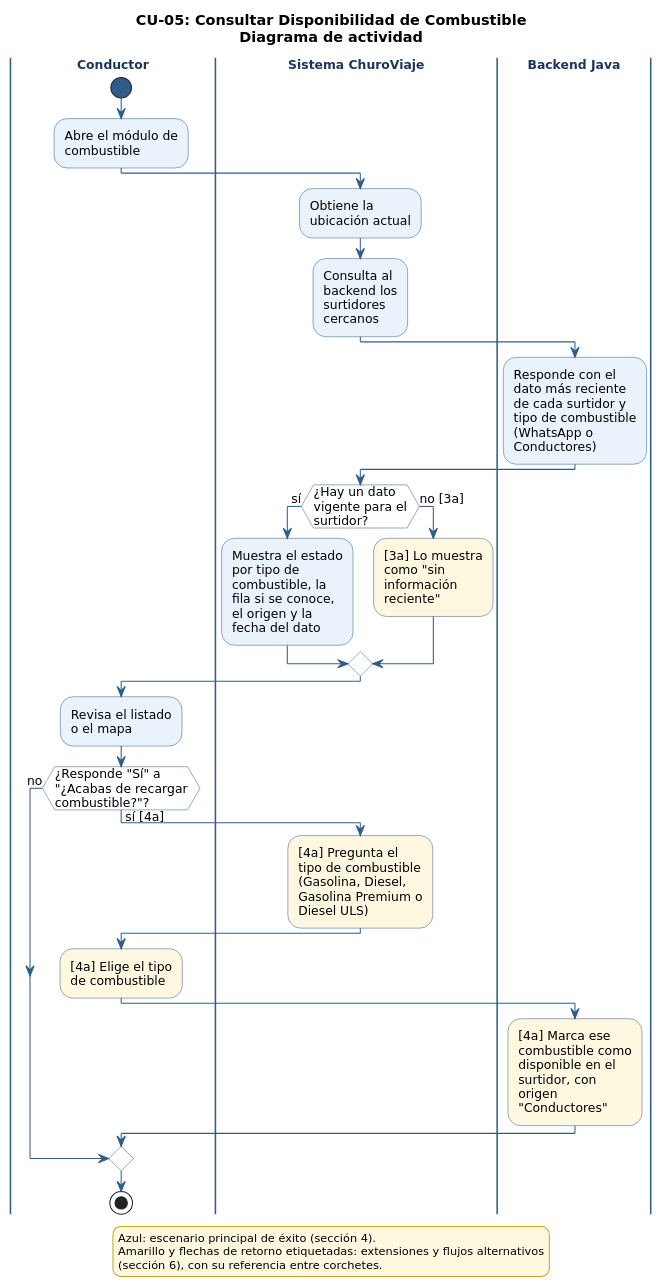
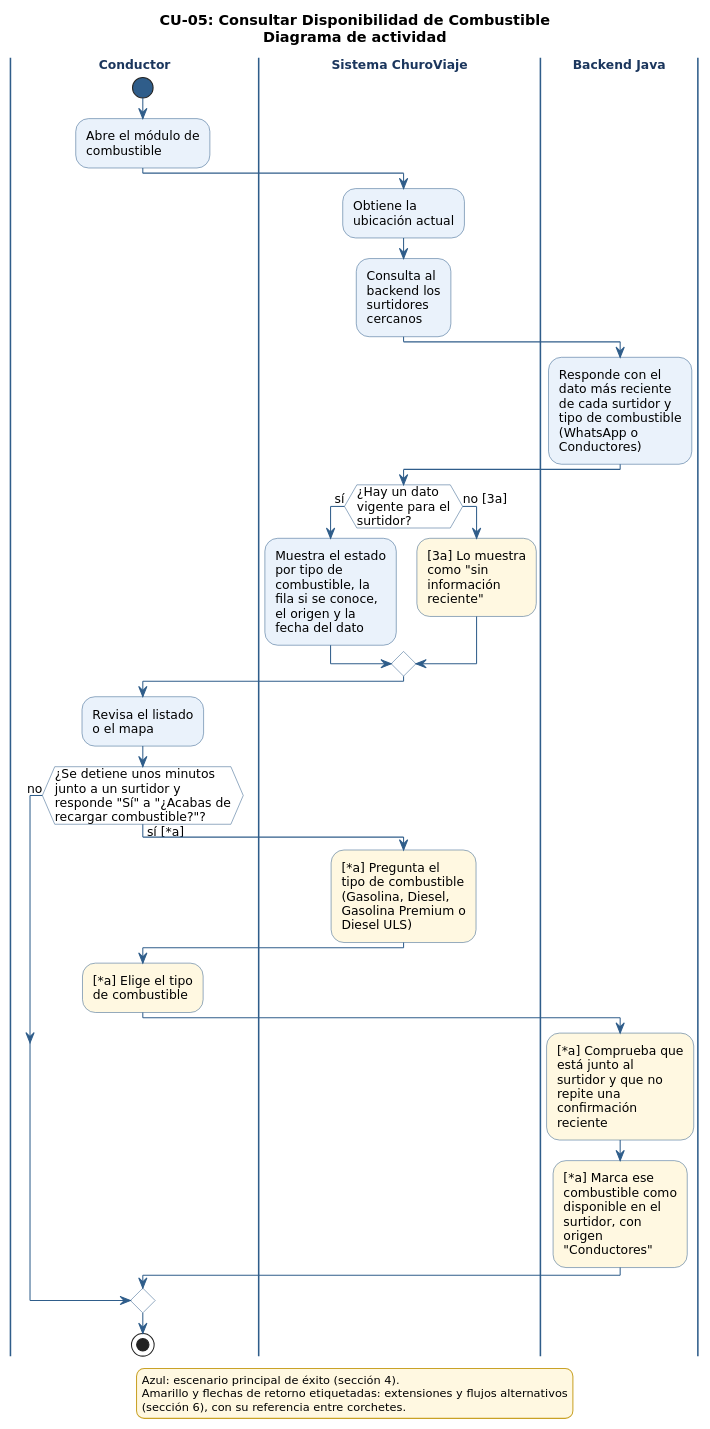
Before and after one commit to uniWASD/ChuroViajeInterno: the diagram in 03_des/01_Diagramas_de_comportamiento/CU-05_ConsultarDisponibilidadCombustible.puml, drawn with PlantUML. The commit also changed 59 other files, not shown here.

Commit message:
docs(req): alinear Visión, CU, HU y diagramas con la arquitectura (T-086, #38)

```diff
--- a/03_des/01_Diagramas_de_comportamiento/CU-05_ConsultarDisponibilidadCombustible.puml
+++ b/03_des/01_Diagramas_de_comportamiento/CU-05_ConsultarDisponibilidadCombustible.puml
@@ -1,96 +1,102 @@
 @startuml CU-05_ConsultarDisponibilidadCombustible
 ' CU-05: Consultar Disponibilidad de Combustible - Diagrama de comportamiento (actividad)
 ' Fuente: 02_req - Especificación de Casos de Uso (CU-01 a CU-08), secciones 4 y 6
-' Issue: T-045
+' Issue: T-045 (actualizado en T-086)
 ' Revisión de coherencia (06/10/2026): sin API oficial; dato más reciente por tipo de combustible y confirmación de recarga con tipo (4a).
 
 skinparam shadowing false
 skinparam defaultFontName "DejaVu Sans"
 skinparam defaultFontSize 12
 skinparam wrapWidth 200
 skinparam ArrowColor #2F5D8A
 skinparam activity {
   BackgroundColor #EAF2FB
   BorderColor #2F5D8A
   DiamondBackgroundColor #FFFFFF
   DiamondBorderColor #2F5D8A
   StartColor #2F5D8A
   EndColor #2F5D8A
 }
 skinparam swimlane {
   BorderColor #2F5D8A
   TitleFontStyle bold
   TitleFontColor #1B365D
 }
 skinparam legend {
   BackgroundColor #FFF8E1
   BorderColor #C9A227
   FontSize 11
 }
 
 title CU-05: Consultar Disponibilidad de Combustible\nDiagrama de actividad
 
 |Conductor|
 start
 :Abre el módulo de
 combustible;
 |Sistema ChuroViaje|
 :Obtiene la
 ubicación actual;
 :Consulta al
 backend los
 surtidores
 cercanos;
 |Backend Java|
 :Responde con el
 dato más reciente
 de cada surtidor y
 tipo de combustible
 (WhatsApp o
 Conductores);
 |Sistema ChuroViaje|
 if (¿Hay un dato\nvigente para el\nsurtidor?) then (sí)
   :Muestra el estado
 por tipo de
 combustible, la
 fila si se conoce,
 el origen y la
 fecha del dato;
 else (no [3a])
   #FFF8E1:[3a] Lo muestra
 como "sin
 información
 reciente";
 endif
 |Conductor|
 :Revisa el listado
 o el mapa;
-if (¿Responde "Sí" a\n"¿Acabas de recargar\ncombustible?"?) then (sí [4a])
+if (¿Se detiene unos minutos\njunto a un surtidor y\nresponde "Sí" a "¿Acabas de\nrecargar combustible?"?) then (sí [*a])
   |Sistema ChuroViaje|
-  #FFF8E1:[4a] Pregunta el
+  #FFF8E1:[*a] Pregunta el
 tipo de combustible
 (Gasolina, Diesel,
 Gasolina Premium o
 Diesel ULS);
   |Conductor|
-  #FFF8E1:[4a] Elige el tipo
+  #FFF8E1:[*a] Elige el tipo
 de combustible;
   |Backend Java|
-  #FFF8E1:[4a] Marca ese
+  #FFF8E1:[*a] Comprueba que
+está junto al
+surtidor y que no
+repite una
+confirmación
+reciente;
+  #FFF8E1:[*a] Marca ese
 combustible como
 disponible en el
 surtidor, con
 origen
 "Conductores";
 else (no)
 endif
 |Conductor|
 stop
 
 legend bottom
   Azul: escenario principal de éxito (sección 4).
   Amarillo y flechas de retorno etiquetadas: extensiones y flujos alternativos
   (sección 6), con su referencia entre corchetes.
 endlegend
 
 @enduml
```
